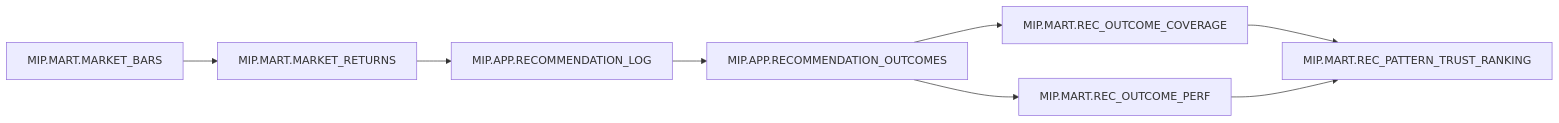
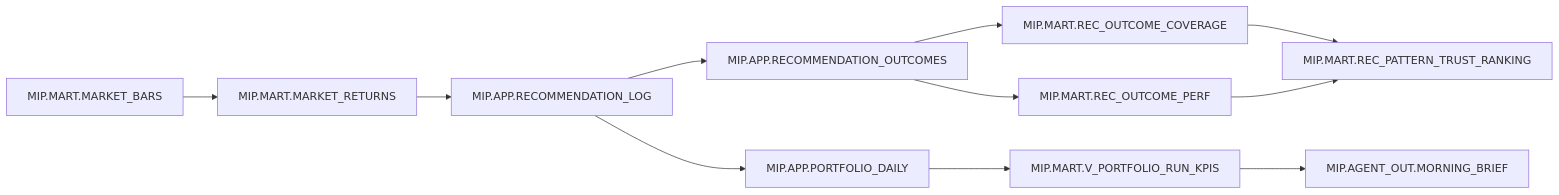
One commit to jebjergk/MIP changed the first of 2 diagrams in docs/20_DATA_LINEAGE.md. Above: the diagram before and after it, drawn with Mermaid. The commit also changed other lines of this file and 5 other files, not shown here.

````diff
--- a/docs/20_DATA_LINEAGE.md
+++ b/docs/20_DATA_LINEAGE.md
@@ -11,18 +13,24 @@
 ```mermaid
 flowchart LR
     MARKET_BARS[MIP.MART.MARKET_BARS]
     MARKET_RETURNS[MIP.MART.MARKET_RETURNS]
     REC_LOG[MIP.APP.RECOMMENDATION_LOG]
     REC_OUTCOMES[MIP.APP.RECOMMENDATION_OUTCOMES]
+    PORTFOLIO_DAILY[MIP.APP.PORTFOLIO_DAILY]
+    RUN_KPIS[MIP.MART.V_PORTFOLIO_RUN_KPIS]
     KPI_COVERAGE[MIP.MART.REC_OUTCOME_COVERAGE]
     KPI_PERF[MIP.MART.REC_OUTCOME_PERF]
     KPI_TRUST[MIP.MART.REC_PATTERN_TRUST_RANKING]
+    MORNING_BRIEF[MIP.AGENT_OUT.MORNING_BRIEF]
 
     MARKET_BARS --> MARKET_RETURNS
     MARKET_RETURNS --> REC_LOG
     REC_LOG --> REC_OUTCOMES
+    REC_LOG --> PORTFOLIO_DAILY
+    PORTFOLIO_DAILY --> RUN_KPIS
     REC_OUTCOMES --> KPI_COVERAGE
     REC_OUTCOMES --> KPI_PERF
     KPI_COVERAGE --> KPI_TRUST
     KPI_PERF --> KPI_TRUST
+    RUN_KPIS --> MORNING_BRIEF
 ```
````
